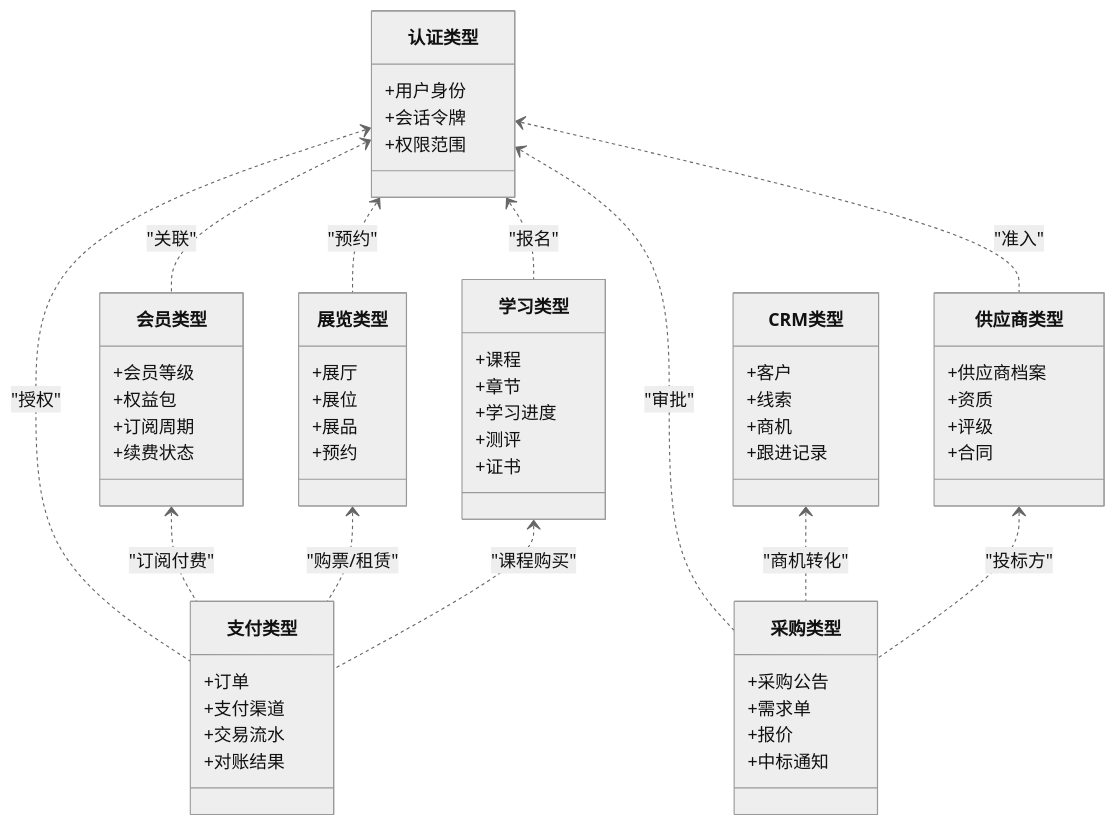
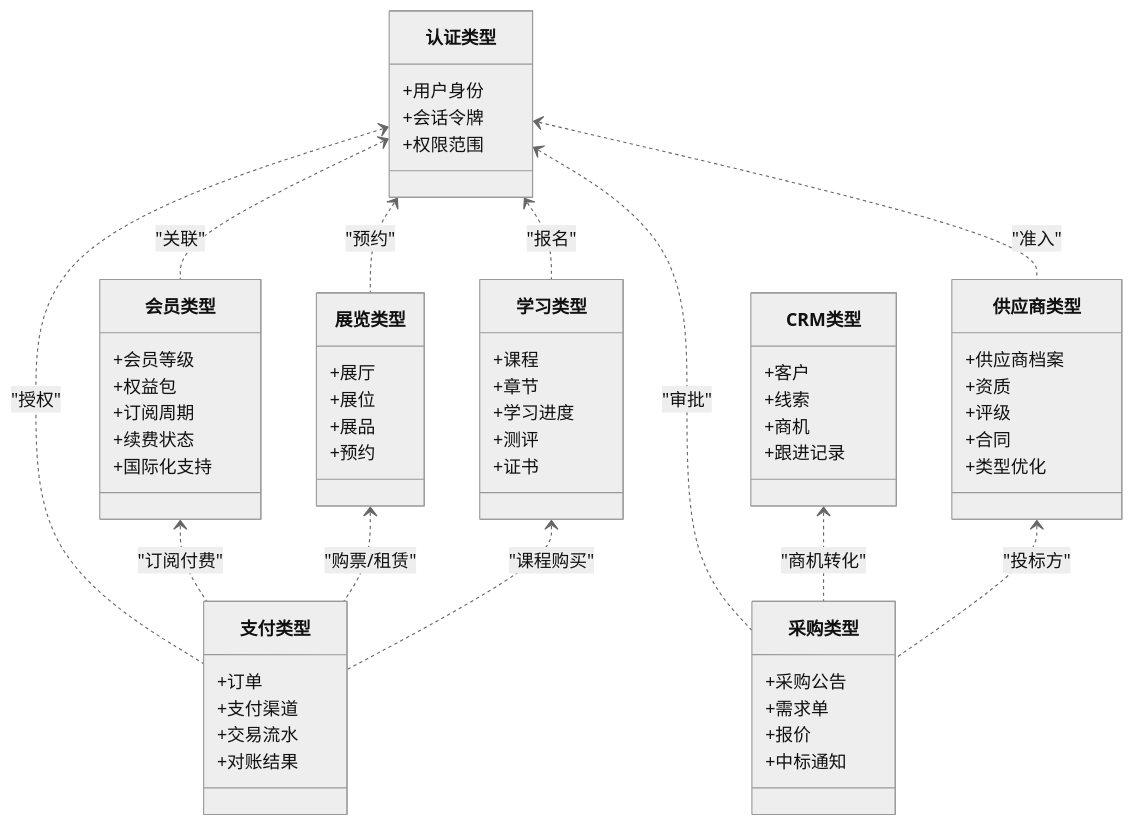
One commit to Hu-Right/supply-os changed the second of 4 diagrams in .qoder/repowiki/zh/content/类型定义系统/类型定义系统.md. Above: the diagram before and after it, drawn with Mermaid (neutral theme). The commit also changed other lines of this file and 33 other files, not shown here.

````diff
--- a/.qoder/repowiki/zh/content/类型定义系统/类型定义系统.md
+++ b/.qoder/repowiki/zh/content/类型定义系统/类型定义系统.md
@@ -158,62 +169,64 @@
 ```mermaid
 classDiagram
 class 认证类型 {
 +用户身份
 +会话令牌
 +权限范围
 }
 class CRM类型 {
 +客户
 +线索
 +商机
 +跟进记录
 }
 class 展览类型 {
 +展厅
 +展位
 +展品
 +预约
 }
 class 学习类型 {
 +课程
 +章节
 +学习进度
 +测评
 +证书
 }
 class 会员类型 {
 +会员等级
 +权益包
 +订阅周期
 +续费状态
++国际化支持
 }
 class 支付类型 {
 +订单
 +支付渠道
 +交易流水
 +对账结果
 }
 class 采购类型 {
 +采购公告
 +需求单
 +报价
 +中标通知
 }
 class 供应商类型 {
 +供应商档案
 +资质
 +评级
 +合同
++类型优化
 }
 认证类型 <.. 会员类型 : "关联"
 认证类型 <.. 支付类型 : "授权"
 认证类型 <.. 采购类型 : "审批"
 认证类型 <.. 供应商类型 : "准入"
 认证类型 <.. 展览类型 : "预约"
 认证类型 <.. 学习类型 : "报名"
 CRM类型 <.. 采购类型 : "商机转化"
 供应商类型 <.. 采购类型 : "投标方"
 会员类型 <.. 支付类型 : "订阅付费"
 展览类型 <.. 支付类型 : "购票/租赁"
 学习类型 <.. 支付类型 : "课程购买"
 ```
````
